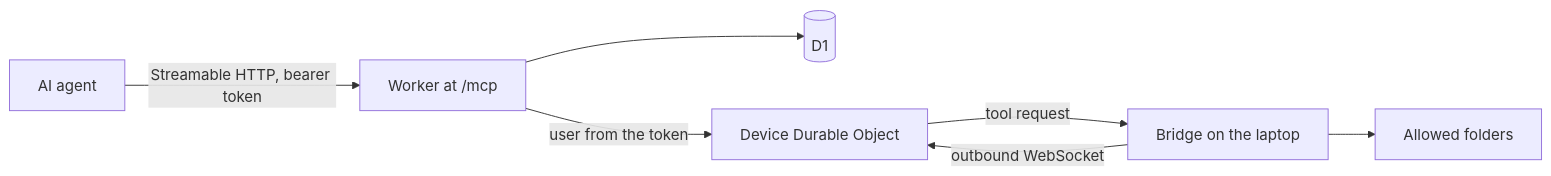
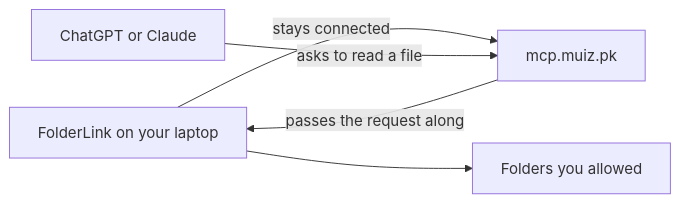
One commit to mmuizahmed/folderlink changed the diagram in README.md. Above: the diagram before and after it, drawn with Mermaid. The commit also changed other lines of this file and 39 other files, not shown here.

````diff
--- a/README.md
+++ b/README.md
@@ -27,16 +42,11 @@
 ```mermaid
 flowchart LR
-  agent[AI agent]
-  worker[Worker at /mcp]
-  d1[(D1)]
-  device[Device Durable Object]
-  bridge[Bridge on the laptop]
-  disk[Allowed folders]
-
-  agent -->|"Streamable HTTP, bearer token"| worker
-  worker --> d1
-  worker -->|"user from the token"| device
-  bridge -->|"outbound WebSocket"| device
-  device -->|"tool request"| bridge
-  bridge --> disk
+  laptop[FolderLink on your laptop]
+  cloud[mcp.muiz.pk]
+  agent[ChatGPT or Claude]
+  folders[Folders you allowed]
+  laptop -->|stays connected| cloud
+  agent -->|asks to read a file| cloud
+  cloud -->|passes the request along| laptop
+  laptop --> folders
 ```
````
